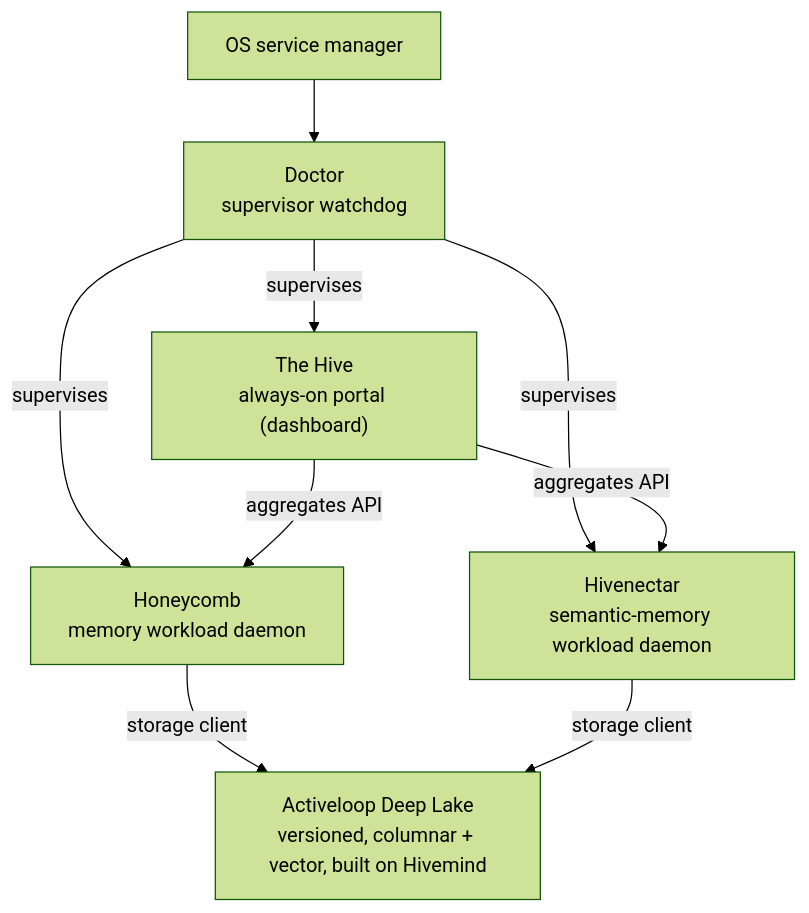
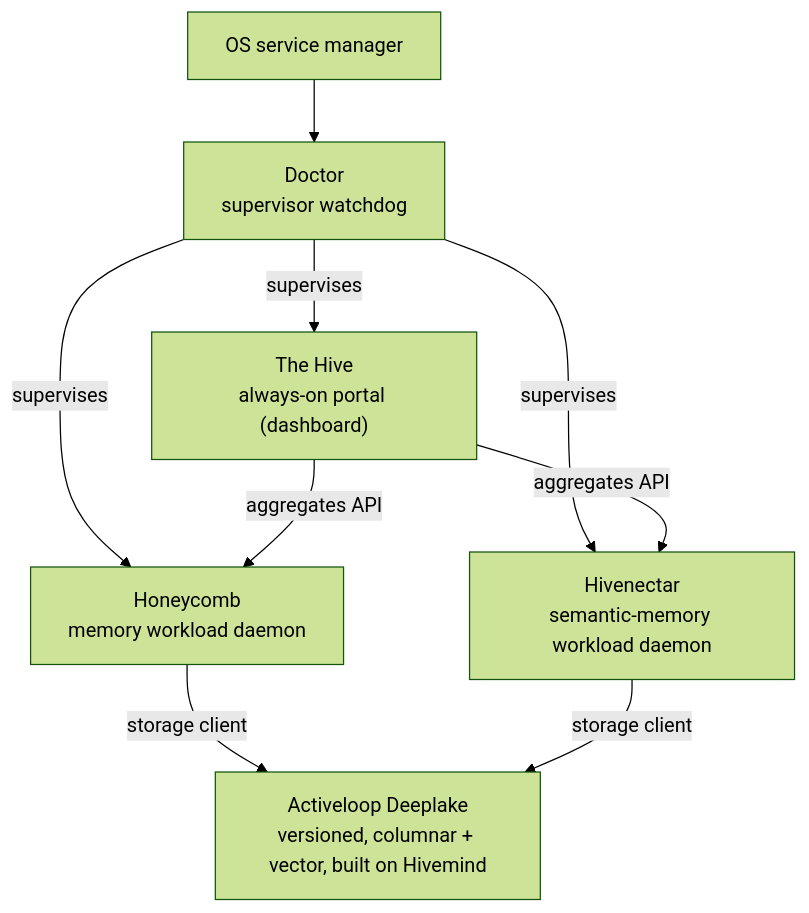
The diagram in README.md (legioncodeinc/the-apiary), drawn with Mermaid (forest theme) before and after one commit. The commit also changed other lines of this file, not shown here.

Commit message:
chore: update submodule references to indicate dirty state for doctor, hive, honeycomb, and nectar; fix README for consistent branding of Deeplake

````diff
--- a/README.md
+++ b/README.md
@@ -54,11 +54,11 @@
 ```mermaid
 flowchart TD
     os["OS service manager"] --> doctor["Doctor<br/>supervisor watchdog"]
     doctor -->|supervises| hive["The Hive<br/>always-on portal (dashboard)"]
     doctor -->|supervises| comb["Honeycomb<br/>memory workload daemon"]
     doctor -->|supervises| nectar["Hivenectar<br/>semantic-memory workload daemon"]
     hive -->|aggregates API| comb
     hive -->|aggregates API| nectar
-    comb -->|storage client| deeplake["Activeloop Deep Lake<br/>versioned, columnar + vector, built on Hivemind"]
+    comb -->|storage client| deeplake["Activeloop Deeplake<br/>versioned, columnar + vector, built on Hivemind"]
     nectar -->|storage client| deeplake
 ```
````
